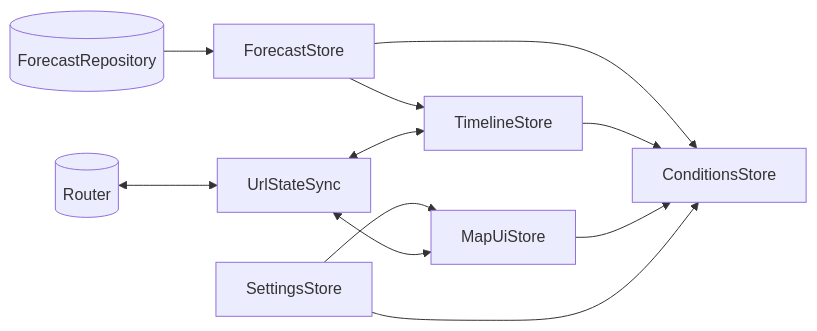
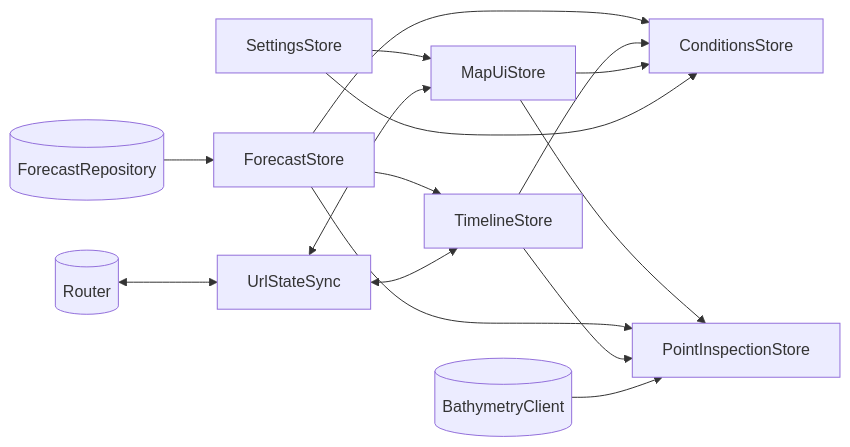
The diagram in src/app/state/README.md (jamesablue/glassy), drawn with Mermaid before and after one commit. The commit also changed other lines of this file and 3 other files, not shown here.

First line of the commit message:
feat(state): PointInspectionStore for the map's point readout

````diff
--- a/src/app/state/README.md
+++ b/src/app/state/README.md
@@ -17,13 +22,17 @@
 ```mermaid
 graph LR
   repo[(ForecastRepository)] --> forecast[ForecastStore]
   forecast --> timeline[TimelineStore]
   settings[SettingsStore] --> mapUi[MapUiStore]
   forecast --> conditions[ConditionsStore]
   timeline --> conditions
   mapUi --> conditions
   settings --> conditions
   url[UrlStateSync] <--> mapUi
   url <--> timeline
   router[(Router)] <--> url
+  mapUi --> inspection[PointInspectionStore]
+  forecast --> inspection
+  timeline --> inspection
+  bathymetry[(BathymetryClient)] --> inspection
 ```
````
